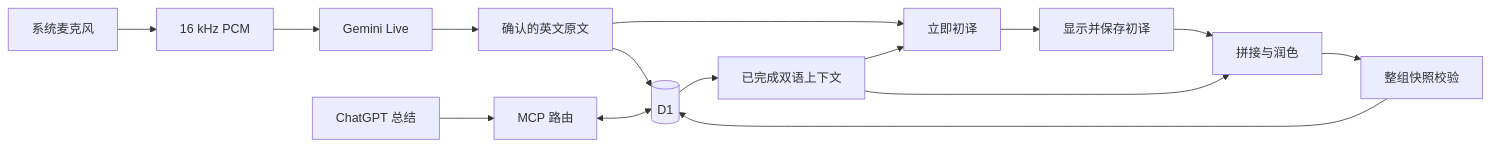
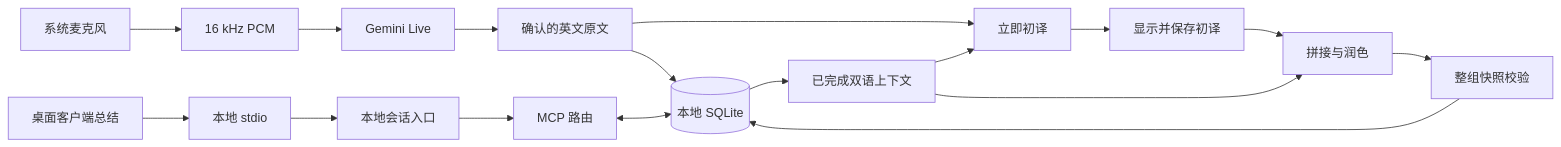
Before and after one commit to creep-crow/lectureflow: the diagram in docs/ARCHITECTURE.md, drawn with Mermaid. The commit also changed other lines of this file and 31 other files, not shown here.

First line of the commit message:
Add independent local setup and stdio MCP

````diff
--- a/docs/ARCHITECTURE.md
+++ b/docs/ARCHITECTURE.md
@@ -3,17 +3,19 @@
 ```mermaid
 flowchart LR
   Mic[系统麦克风] --> PCM[16 kHz PCM]
   PCM --> Gemini[Gemini Live]
   Gemini --> English[确认的英文原文]
-  English --> DB[(D1)]
+  English --> DB[(本地 SQLite)]
   English --> Initial[立即初译]
   DB --> Context[已完成双语上下文]
   Context --> Initial
   Initial --> UI[显示并保存初译]
   UI --> Edit[拼接与润色]
   Context --> Edit
   Edit --> CAS[整组快照校验]
   CAS --> DB
-  ChatGPT[ChatGPT 总结] --> MCP[MCP 路由]
+  ChatGPT[桌面客户端总结] --> Stdio[本地 stdio]
+  Stdio --> Local[本地会话入口]
+  Local --> MCP[MCP 路由]
   MCP <--> DB
 ```
````
